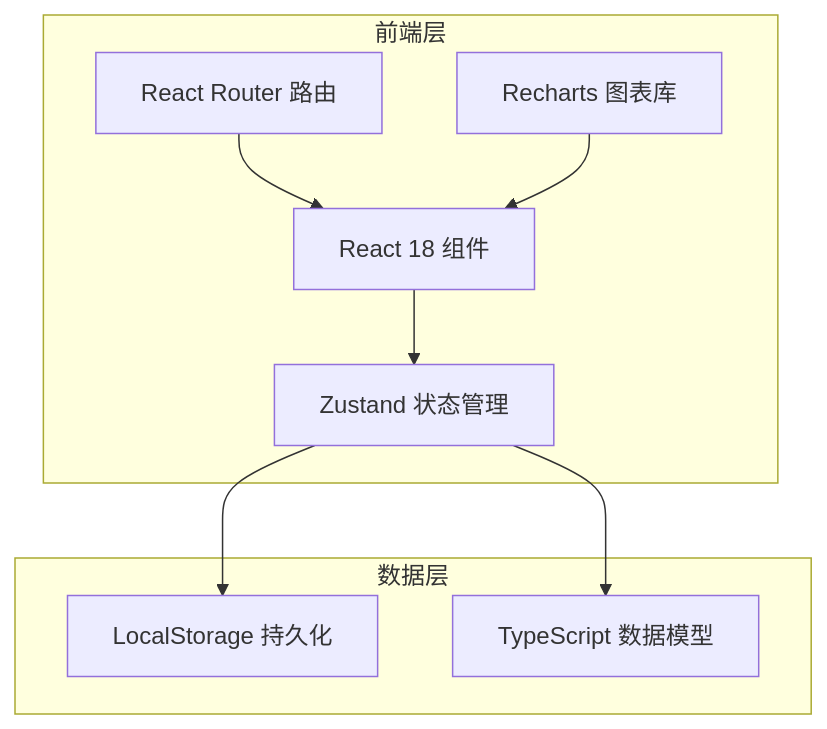
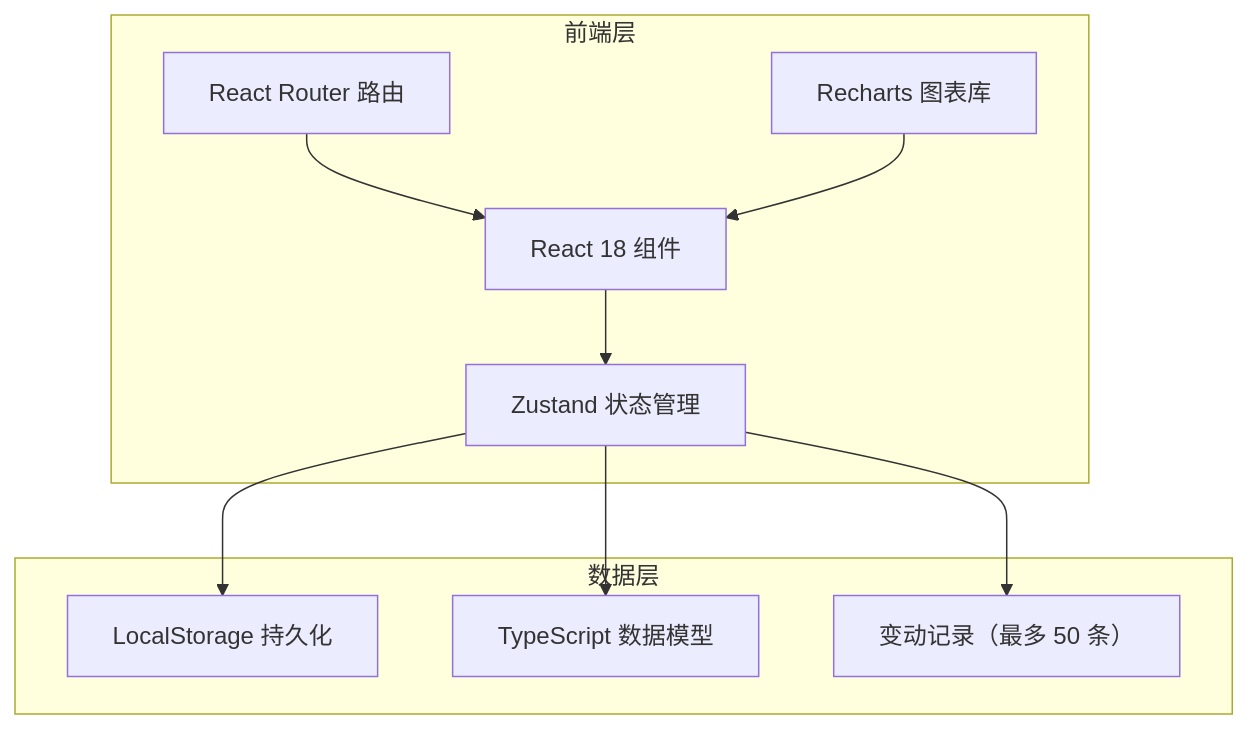
Before and after one commit to huangjf427/myCalculator: the first of 2 diagrams in .trae/documents/tech-architecture.md, drawn with Mermaid. The commit also changed other lines of this file and 1 other file, not shown here.

````diff
--- a/.trae/documents/tech-architecture.md
+++ b/.trae/documents/tech-architecture.md
@@ -5,20 +5,22 @@
 ```mermaid
 flowchart TB
     subgraph Frontend["前端层"]
         UI["React 18 组件"]
         State["Zustand 状态管理"]
         Router["React Router 路由"]
         Charts["Recharts 图表库"]
     end
     
     subgraph Data["数据层"]
         LocalStorage["LocalStorage 持久化"]
         DataModel["TypeScript 数据模型"]
+        ChangeLog["变动记录（最多 50 条）"]
     end
     
     UI --> State
     State --> LocalStorage
     State --> DataModel
+    State --> ChangeLog
     Router --> UI
     Charts --> UI
 ```
````
